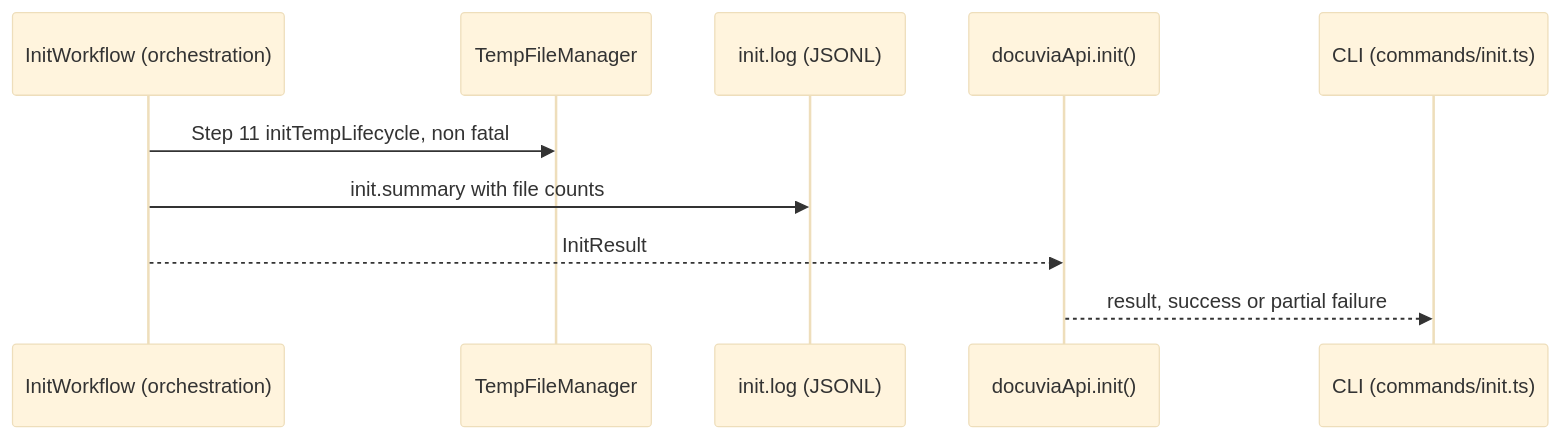
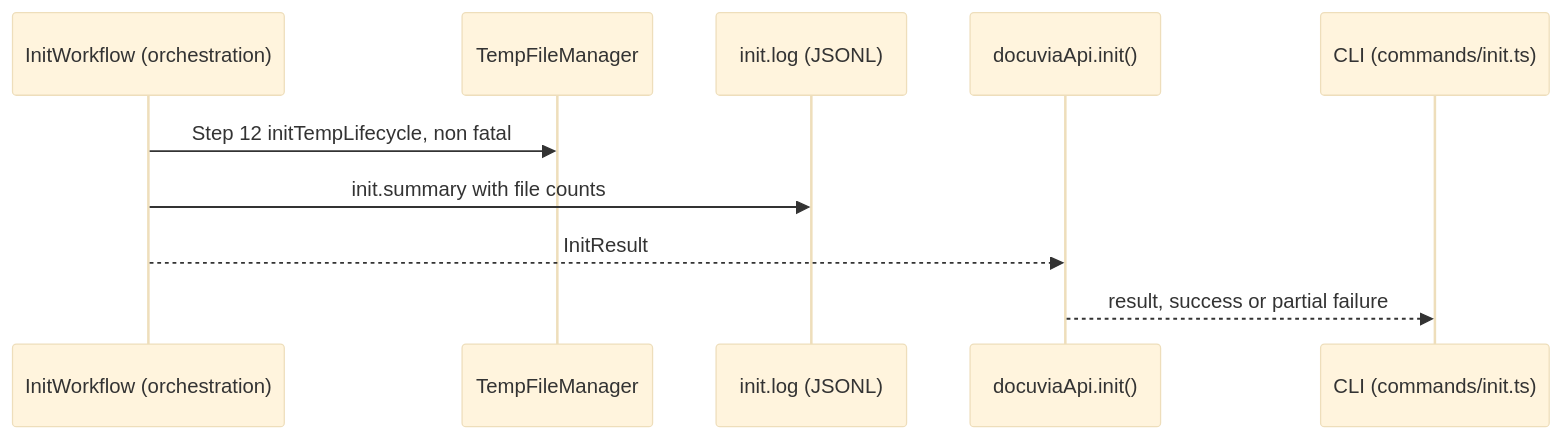
The fifth of 6 diagrams in docs/gitbook/workflows/init-execution-flow.md (dyphn1/Docuvia), drawn with Mermaid (base theme) before and after one commit. The commit also changed other lines of this file and 10 other files, not shown here.

````diff
--- a/docs/gitbook/workflows/init-execution-flow.md
+++ b/docs/gitbook/workflows/init-execution-flow.md
@@ -129,13 +139,13 @@
 ```mermaid
 sequenceDiagram
     participant WF as InitWorkflow (orchestration)
     participant Temp as TempFileManager
     participant Log as init.log (JSONL)
     participant API as docuviaApi.init()
     participant CLI as CLI (commands/init.ts)
 
-    WF->>Temp: Step 11 initTempLifecycle, non fatal
+    WF->>Temp: Step 12 initTempLifecycle, non fatal
     WF->>Log: init.summary with file counts
     WF-->>API: InitResult
     API-->>CLI: result, success or partial failure
 ```
````
